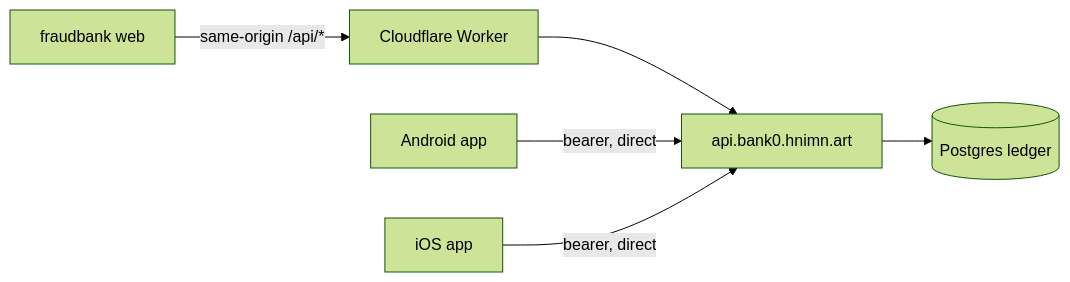
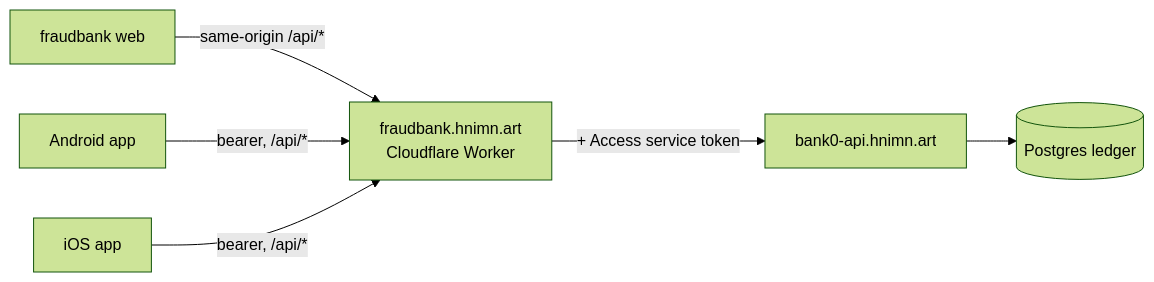
One commit to minhtt159/bank0 changed the diagram in docs/09-fraudbank-integration.md. Above: the diagram before and after it, drawn with Mermaid (forest theme). The commit also changed other lines of this file and 11 other files, not shown here.

````diff
--- a/docs/09-fraudbank-integration.md
+++ b/docs/09-fraudbank-integration.md
@@ -12,8 +18,8 @@
 ```mermaid
 flowchart LR
-    W[fraudbank web] -->|same-origin /api/*| CFW[Cloudflare Worker]
-    CFW --> API[api.bank0.hnimn.art]
-    A[Android app] -->|bearer, direct| API
-    I[iOS app] -->|bearer, direct| API
+    W[fraudbank web] -->|same-origin /api/*| CFW["fraudbank.hnimn.art<br/>Cloudflare Worker"]
+    A[Android app] -->|"bearer, /api/*"| CFW
+    I[iOS app] -->|"bearer, /api/*"| CFW
+    CFW -->|"+ Access service token"| API[bank0-api.hnimn.art]
     API --> DB[(Postgres ledger)]
 ```
````
